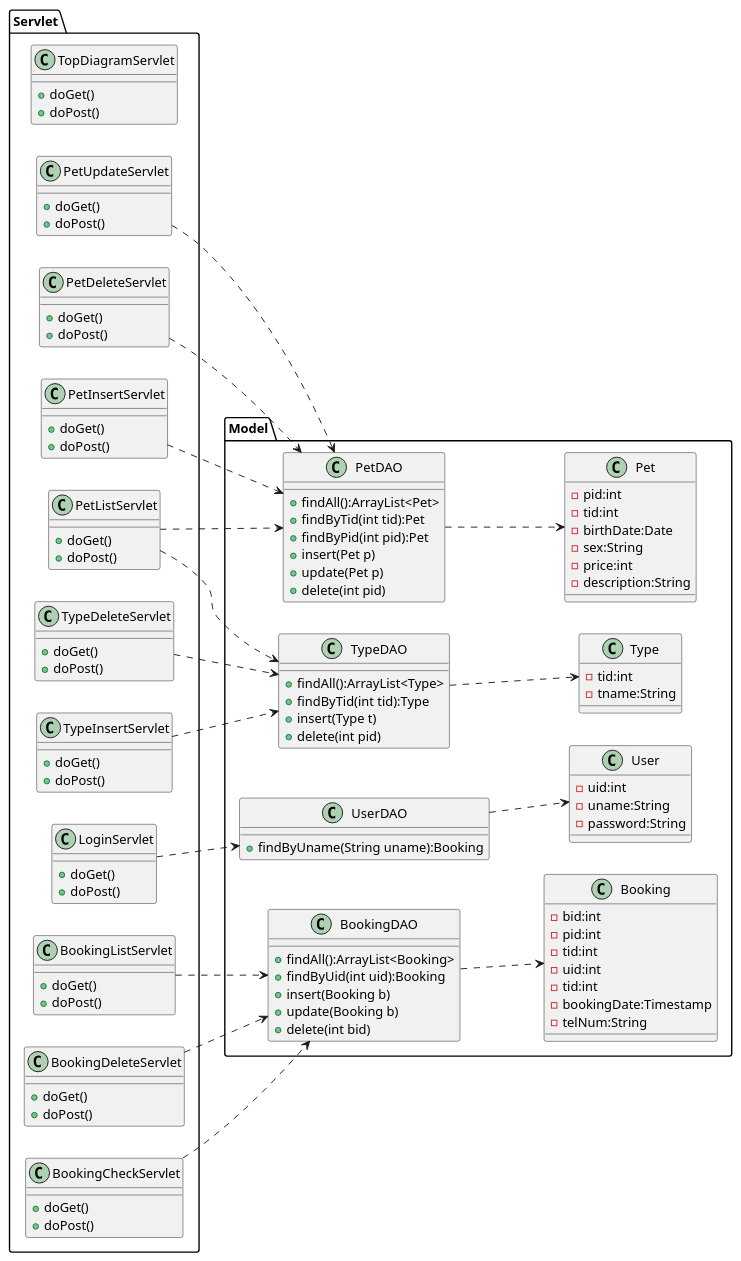
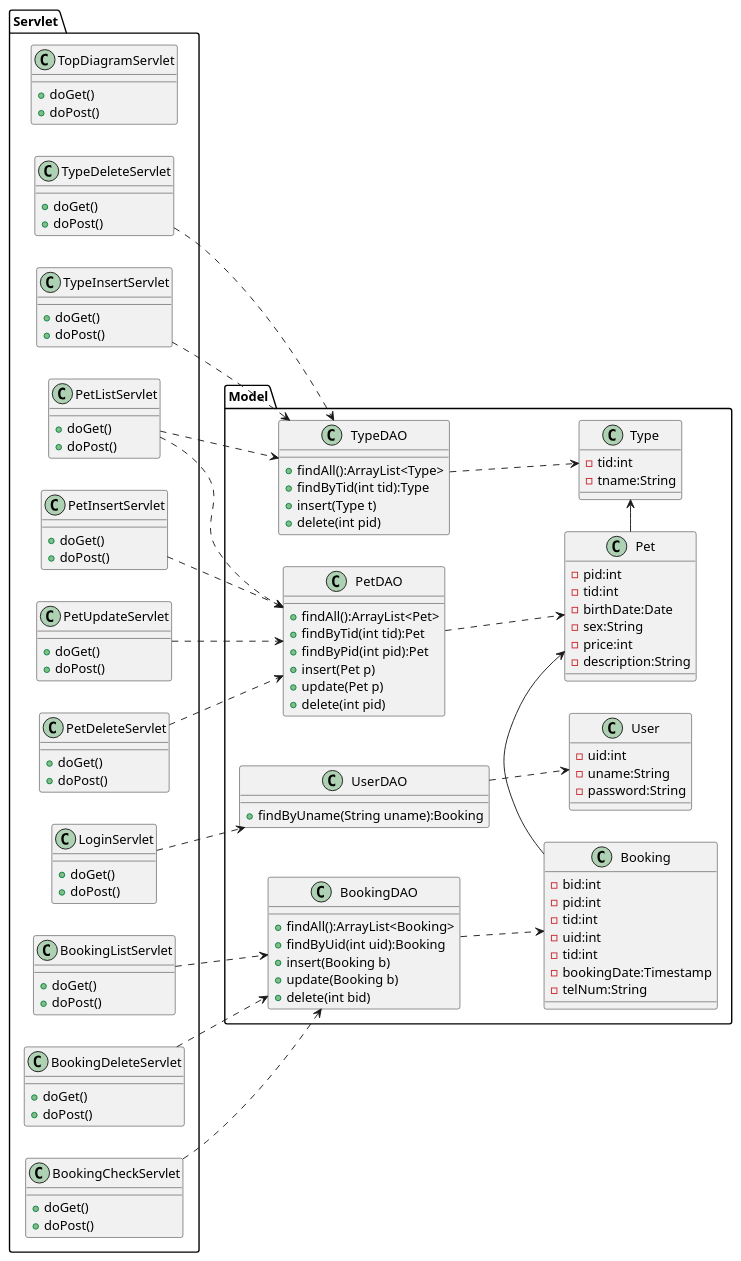
Before and after one commit to Tyamanaka07/WebSystem: the diagram in detail.uml/class.pu, drawn with PlantUML. The commit also changed 2 other files, not shown here.

```diff
--- a/detail.uml/class.pu
+++ b/detail.uml/class.pu
@@ -1,138 +1,140 @@
 @startuml
 left to right direction
 
 package Model{
 	class Pet{
 		-pid:int
 		-tid:int
 		-birthDate:Date
 		-sex:String
 		-price:int
 		-description:String
 	}
 
 	class Type{
 		-tid:int
 		-tname:String
 	}
 
 	class User{
 		-uid:int
 		-uname:String
 		-password:String
 	}
 
 	class Booking{
 		-bid:int
 		-pid:int
 		-tid:int
 		-uid:int
 		-tid:int
 		-bookingDate:Timestamp
 		-telNum:String
 	}
 
 	class PetDAO{
 		+findAll():ArrayList<Pet>
 		+findByTid(int tid):Pet
 		+findByPid(int pid):Pet
 		+insert(Pet p)
 		+update(Pet p)
 		+delete(int pid)
 	}
 
 	class TypeDAO{
 		+findAll():ArrayList<Type>
 		+findByTid(int tid):Type
 		+insert(Type t)
 		+delete(int pid)
 	}
 
 	class UserDAO{
 		+findByUname(String uname):Booking
 	}
 
 	class BookingDAO{
 		+findAll():ArrayList<Booking>
 		+findByUid(int uid):Booking
 		+insert(Booking b)
 		+update(Booking b)
 		+delete(int bid)
 	}
 }
 
 package Servlet{
 	class TopDiagramServlet{
 		+doGet()
 		+doPost()
 	}
 
 	class PetListServlet{
 		+doGet()
 		+doPost()
 	}
 
 	class LoginServlet{
 		+doGet()
 		+doPost()
 	}
 
 	class PetInsertServlet{
 		+doGet()
 		+doPost()
 	}
 
 	class PetUpdateServlet{
 		+doGet()
 		+doPost()
 	}
 
 	class PetDeleteServlet{
 		+doGet()
 		+doPost()
 	}
 
 	class TypeInsertServlet{
 		+doGet()
 		+doPost()
 	}
 
 	class TypeDeleteServlet{
 		+doGet()
 		+doPost()
 	}
 
 	class BookingCheckServlet{
 		+doGet()
 		+doPost()
 	}
 
 	class BookingListServlet{
 		+doGet()
 		+doPost()
 	}
 
 	class BookingDeleteServlet{
 		+doGet()
 		+doPost()
 	}
 }
 
 
 PetListServlet..>TypeDAO
 TypeInsertServlet..>TypeDAO
 TypeDeleteServlet..>TypeDAO
 PetListServlet..>PetDAO
 PetInsertServlet..>PetDAO
 PetUpdateServlet..>PetDAO
 PetDeleteServlet..>PetDAO
 LoginServlet..>UserDAO
 BookingCheckServlet..>BookingDAO
 BookingListServlet..>BookingDAO
 BookingDeleteServlet..>BookingDAO
 
 BookingDAO..>Booking
 PetDAO..>Pet
 TypeDAO..>Type
 UserDAO..>User
+Booking->Pet
+Pet->Type
 @enduml
```
